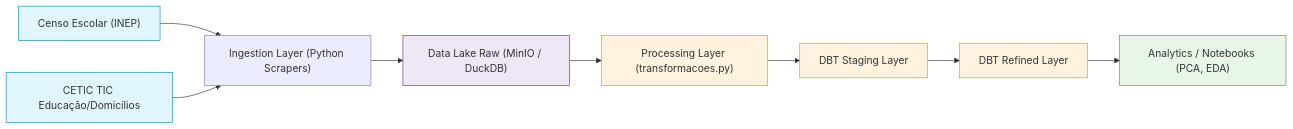
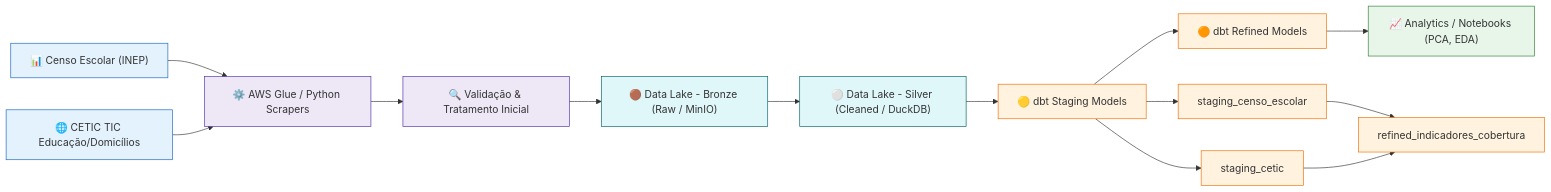
The diagram in pipeline_diagram.md (thalias-silva/education-digital-inequality-analysis), drawn with Mermaid before and after one commit.

Commit message:
pipeline-diagram

````diff
--- a/pipeline_diagram.md
+++ b/pipeline_diagram.md
@@ -3,26 +3,37 @@
 ```mermaid
 flowchart LR
-CENSO["Censo Escolar (INEP)"]
-CETIC["CETIC TIC Educação/Domicílios"]
-ING["Ingestion Layer (Python Scrapers)"]
-RAW["Data Lake Raw (MinIO / DuckDB)"]
-PROC["Processing Layer (transformacoes.py)"]
-STG["DBT Staging Layer"]
-REF["DBT Refined Layer"]
-ANL["Analytics / Notebooks (PCA, EDA)"]
-CENSO --> ING
-CETIC --> ING
-ING --> RAW
-RAW --> PROC
-PROC --> STG
-STG --> REF
-REF --> ANL
-classDef source fill:#e1f5fe,stroke:#0288d1
-classDef storage fill:#ede7f6,stroke:#5e35b1
-classDef process fill:#fff3e0,stroke:#fb8c00
-classDef analytics fill:#e8f5e9,stroke:#43a047
+CENSO["📊 Censo Escolar (INEP)"]
+CETIC["🌐 CETIC TIC Educação/Domicílios"]
+GLUE["⚙️ AWS Glue / Python Scrapers"]
+VALID["🔍 Validação & Tratamento Inicial"]
+BRONZE["🟤 Data Lake - Bronze (Raw / MinIO)"]
+SILVER["⚪ Data Lake - Silver (Cleaned / DuckDB)"]
+DBT_STG["🟡 dbt Staging Models"]
+DBT_REF["🟠 dbt Refined Models"]
+STG_CENSO["staging_censo_escolar"]
+STG_CETIC["staging_cetic"]
+REF_EX["refined_indicadores_cobertura"]
+ANL["📈 Analytics / Notebooks (PCA, EDA)"]
+CENSO --> GLUE
+CETIC --> GLUE
+GLUE --> VALID
+VALID --> BRONZE
+BRONZE --> SILVER
+SILVER --> DBT_STG
+DBT_STG --> DBT_REF
+DBT_REF --> ANL
+DBT_STG --> STG_CENSO
+DBT_STG --> STG_CETIC
+STG_CENSO --> REF_EX
+STG_CETIC --> REF_EX
+classDef source fill:#e3f2fd,stroke:#1565c0
+classDef glue fill:#ede7f6,stroke:#512da8
+classDef lake fill:#e0f7fa,stroke:#006064
+classDef dbt fill:#fff3e0,stroke:#ef6c00
+classDef analytics fill:#e8f5e9,stroke:#2e7d32
 class CENSO,CETIC source
-class RAW storage
-class PROC,STG,REF process
+class GLUE,VALID glue
+class BRONZE,SILVER lake
+class DBT_STG,DBT_REF,STG_CENSO,STG_CETIC,REF_EX dbt
 class ANL analytics
 ```
````
